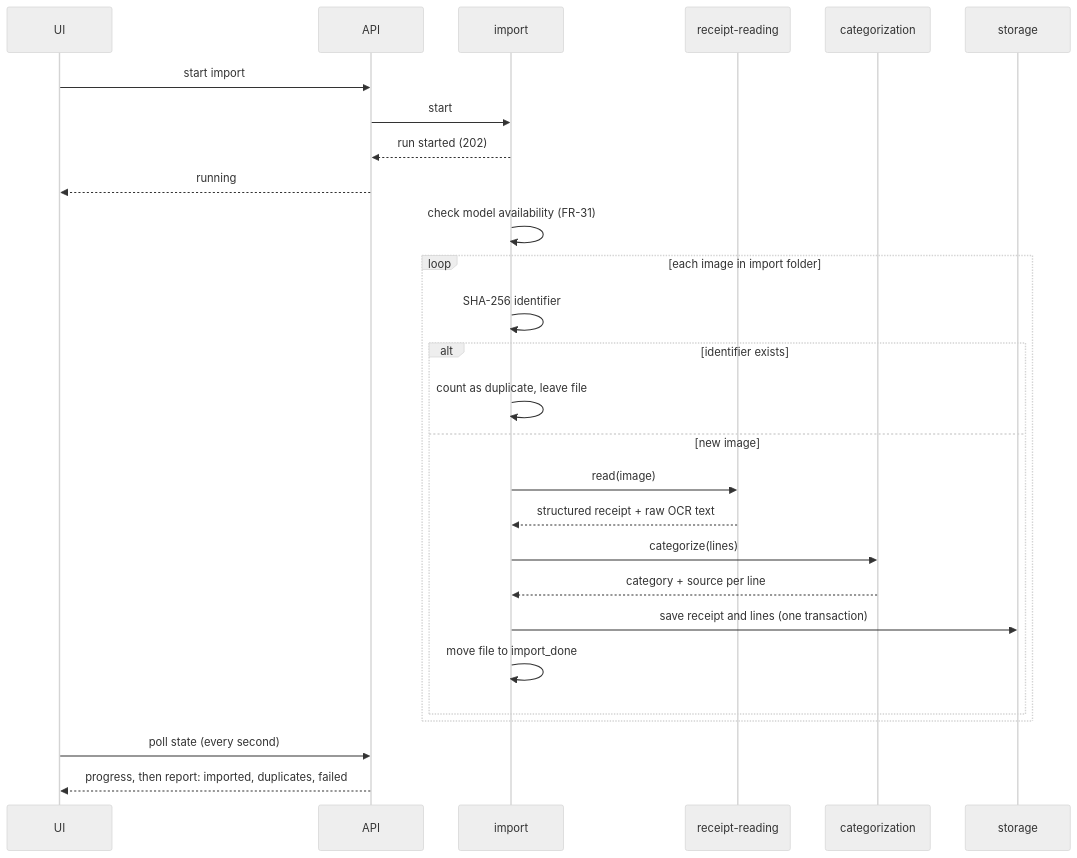
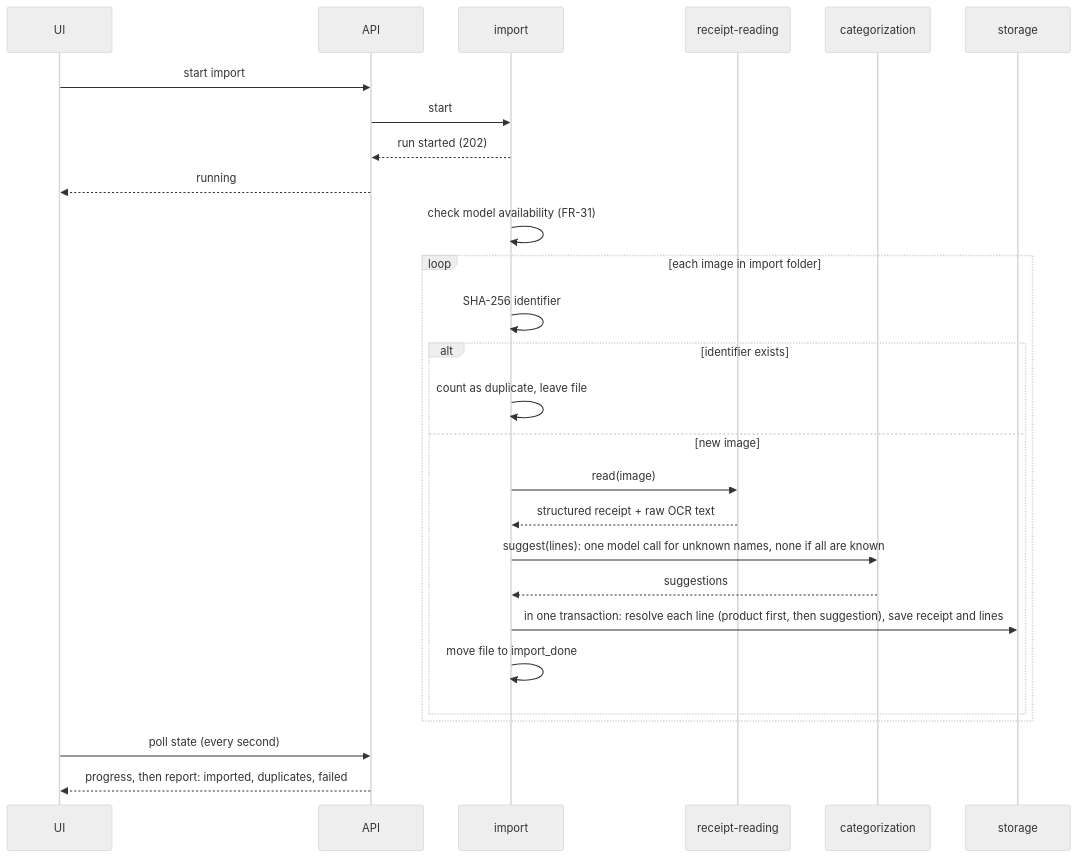
One commit to PekkaJuN/RRMCApplication changed the second of 2 diagrams in docs/architecture.md. Above: the diagram before and after it, drawn with Mermaid (neutral theme). The commit also changed other lines of this file and 39 other files, not shown here.

First line of the commit message:
Add line categorization with remembered products and model suggestions

````diff
--- a/docs/architecture.md
+++ b/docs/architecture.md
@@ -148,29 +149,29 @@
 ```mermaid
 sequenceDiagram
   participant U as UI
   participant A as API
   participant I as import
   participant R as receipt-reading
   participant C as categorization
   participant S as storage
   U->>A: start import
   A->>I: start
   I-->>A: run started (202)
   A-->>U: running
   I->>I: check model availability (FR-31)
   loop each image in import folder
     I->>I: SHA-256 identifier
     alt identifier exists
       I->>I: count as duplicate, leave file
     else new image
       I->>R: read(image)
       R-->>I: structured receipt + raw OCR text
-      I->>C: categorize(lines)
-      C-->>I: category + source per line
-      I->>S: save receipt and lines (one transaction)
+      I->>C: suggest(lines): one model call for unknown names, none if all are known
+      C-->>I: suggestions
+      I->>S: in one transaction: resolve each line (product first, then suggestion), save receipt and lines
       I->>I: move file to import_done
     end
   end
   U->>A: poll state (every second)
   A-->>U: progress, then report: imported, duplicates, failed
 ```
````
